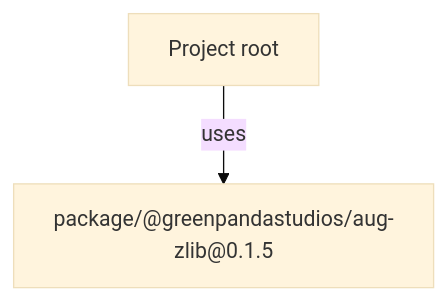
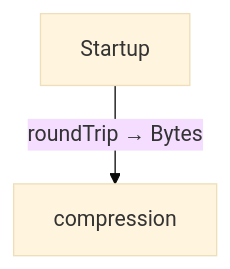
Before and after one commit to GreenPandaStudios/augscript: the first of 2 diagrams in docs/examples/native-zlib/diagrams/index.md, drawn with Mermaid (base theme). The commit also changed other lines of this file and 524 other files, not shown here.

Commit message:
Explain checked data flow at folder and service levels

````diff
--- a/docs/examples/native-zlib/diagrams/index.md
+++ b/docs/examples/native-zlib/diagrams/index.md
@@ -21,6 +19,6 @@
 ```mermaid
 flowchart TD
-    n0["Project root"]
-    n1["package/@greenpandastudios/aug-zlib@0.1.5"]
-    n0 -->|"uses"| n1
+    n0["compression"]
+    n1["Startup"]
+    n1 -->|"roundTrip → Bytes"| n0
 ```
````
